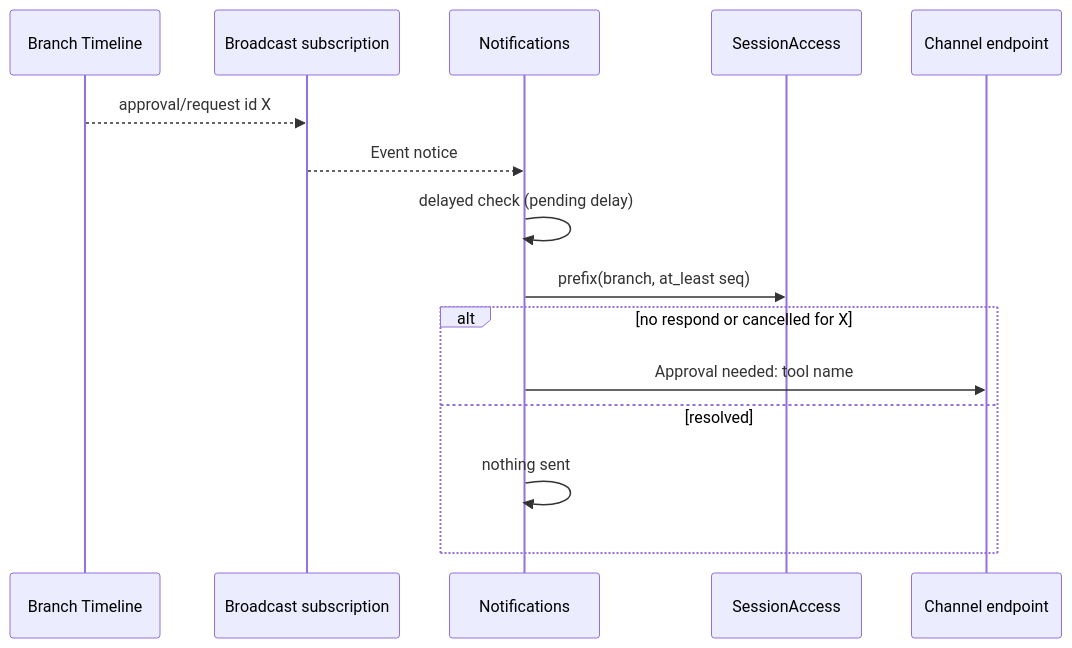
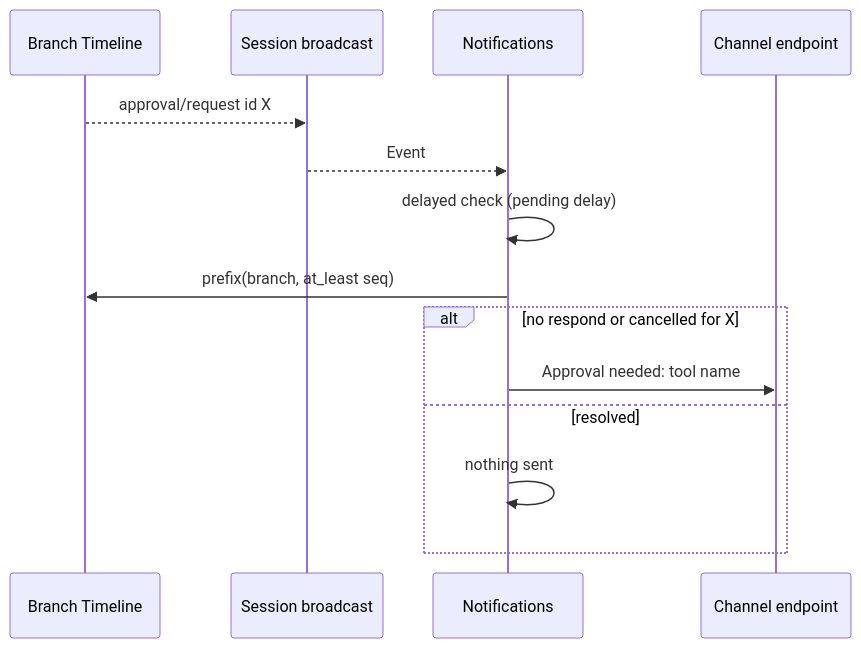
One commit to CoutinhoTTS/dim-agent changed the fourth of 6 diagrams in docs/design/plugins/Notifications.md. Above: the diagram before and after it, drawn with Mermaid. The commit also changed other lines of this file and 3 other files, not shown here.

````diff
--- a/docs/design/plugins/Notifications.md
+++ b/docs/design/plugins/Notifications.md
@@ -98,17 +90,16 @@
 ```mermaid
 sequenceDiagram
   participant TL as Branch Timeline
-  participant SE as Broadcast subscription
+  participant SB as Session broadcast
   participant NP as Notifications
-  participant SA as SessionAccess
   participant CH as Channel endpoint
-  TL-->>SE: approval/request id X
-  SE-->>NP: Event notice
+  TL-->>SB: approval/request id X
+  SB-->>NP: Event
   NP->>NP: delayed check (pending delay)
-  NP->>SA: prefix(branch, at_least seq)
+  NP->>TL: prefix(branch, at_least seq)
   alt no respond or cancelled for X
     NP->>CH: Approval needed: tool name
   else resolved
     NP->>NP: nothing sent
   end
 ```
````
